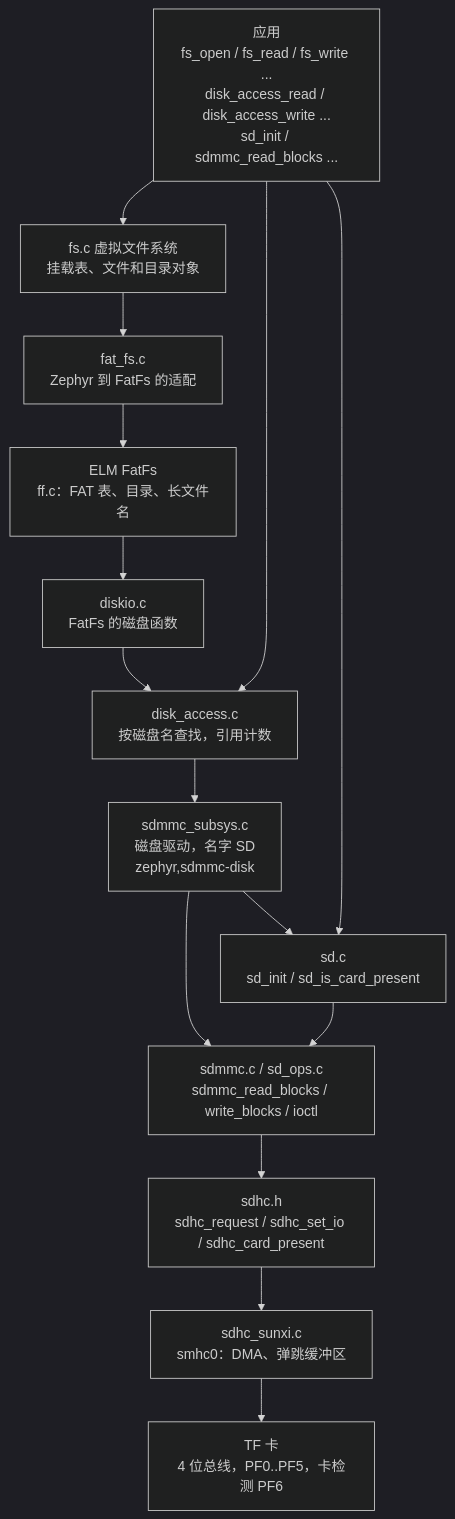
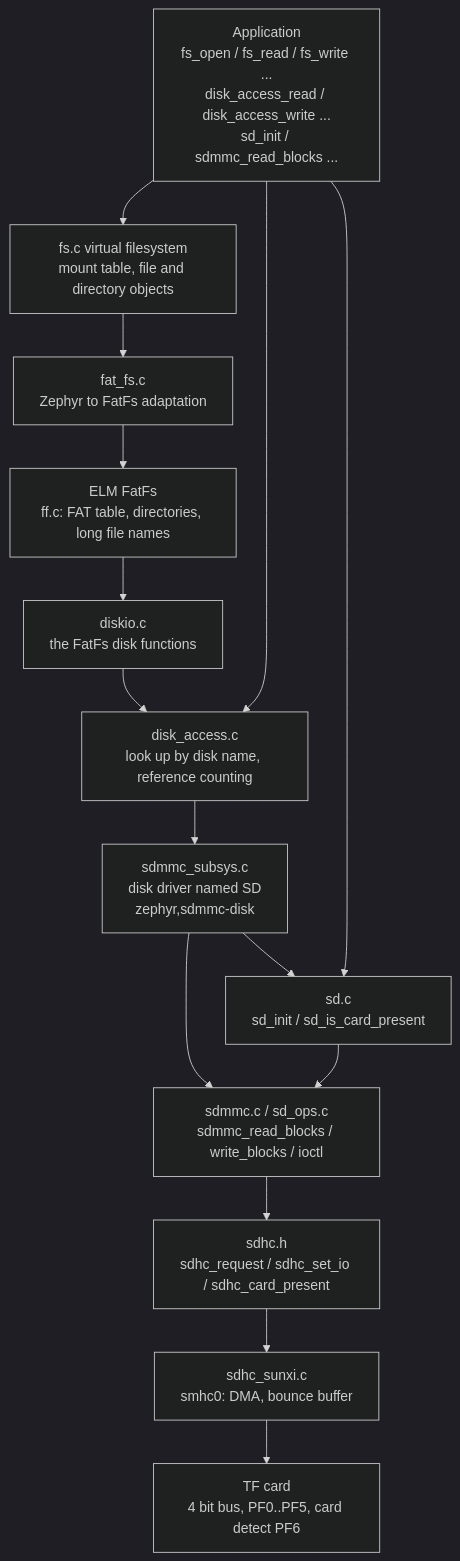
Before and after one commit to YuzukiHD/YuzukiNeko: the first of 3 diagrams in docs/src/content/docs/dev/zephyr/components/sd.md, drawn with Mermaid (dark theme). The commit also changed other lines of this file and 216 other files, not shown here.

````diff
--- a/docs/src/content/docs/dev/zephyr/components/sd.md
+++ b/docs/src/content/docs/dev/zephyr/components/sd.md
@@ -20,18 +20,18 @@
 ```mermaid
 flowchart TB
-    APP["应用<br/>fs_open / fs_read / fs_write ...<br/>disk_access_read / disk_access_write ...<br/>sd_init / sdmmc_read_blocks ..."]
-    APP --> VFS["fs.c 虚拟文件系统<br/>挂载表、文件和目录对象"]
-    VFS --> FATA["fat_fs.c<br/>Zephyr 到 FatFs 的适配"]
-    FATA --> FF["ELM FatFs<br/>ff.c：FAT 表、目录、长文件名"]
-    FF --> DISKIF["diskio.c<br/>FatFs 的磁盘函数"]
-    DISKIF --> DA["disk_access.c<br/>按磁盘名查找，引用计数"]
+    APP["Application<br/>fs_open / fs_read / fs_write ...<br/>disk_access_read / disk_access_write ...<br/>sd_init / sdmmc_read_blocks ..."]
+    APP --> VFS["fs.c virtual filesystem<br/>mount table, file and directory objects"]
+    VFS --> FATA["fat_fs.c<br/>Zephyr to FatFs adaptation"]
+    FATA --> FF["ELM FatFs<br/>ff.c: FAT table, directories, long file names"]
+    FF --> DISKIF["diskio.c<br/>the FatFs disk functions"]
+    DISKIF --> DA["disk_access.c<br/>look up by disk name, reference counting"]
     APP --> DA
-    DA --> DRV["sdmmc_subsys.c<br/>磁盘驱动，名字 SD<br/>zephyr,sdmmc-disk"]
+    DA --> DRV["sdmmc_subsys.c<br/>disk driver named SD<br/>zephyr,sdmmc-disk"]
     DRV --> SDM["sdmmc.c / sd_ops.c<br/>sdmmc_read_blocks / write_blocks / ioctl"]
     APP --> SDC["sd.c<br/>sd_init / sd_is_card_present"]
     DRV --> SDC
     SDC --> SDM
     SDM --> HOST["sdhc.h<br/>sdhc_request / sdhc_set_io / sdhc_card_present"]
-    HOST --> SUNXI["sdhc_sunxi.c<br/>smhc0：DMA、弹跳缓冲区"]
-    SUNXI --> CARD["TF 卡<br/>4 位总线，PF0..PF5，卡检测 PF6"]
+    HOST --> SUNXI["sdhc_sunxi.c<br/>smhc0: DMA, bounce buffer"]
+    SUNXI --> CARD["TF card<br/>4 bit bus, PF0..PF5, card detect PF6"]
 ```
````
